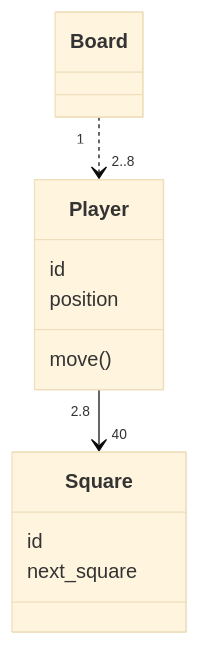
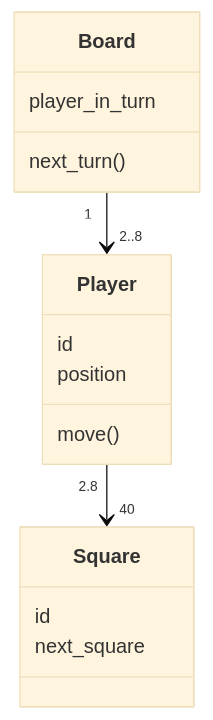
Before and after one commit to Gaberol/ot-harjoitustyo: the diagram in laskarit/viikko3/monopoli.md, drawn with Mermaid (base theme).

````diff
--- a/laskarit/viikko3/monopoli.md
+++ b/laskarit/viikko3/monopoli.md
@@ -1,17 +1,18 @@
 ```mermaid
  classDiagram
- Board "1" ..> "2..8" Player
+ Board "1" --> "2..8" Player
  Player "2.8" --> "40" Square
  class Board{
- 
+     player_in_turn
+     next_turn()
  }
  class Player{
      id
      position
      move()
  }
  class Square{
      id
      next_square
  }
 ```
````
